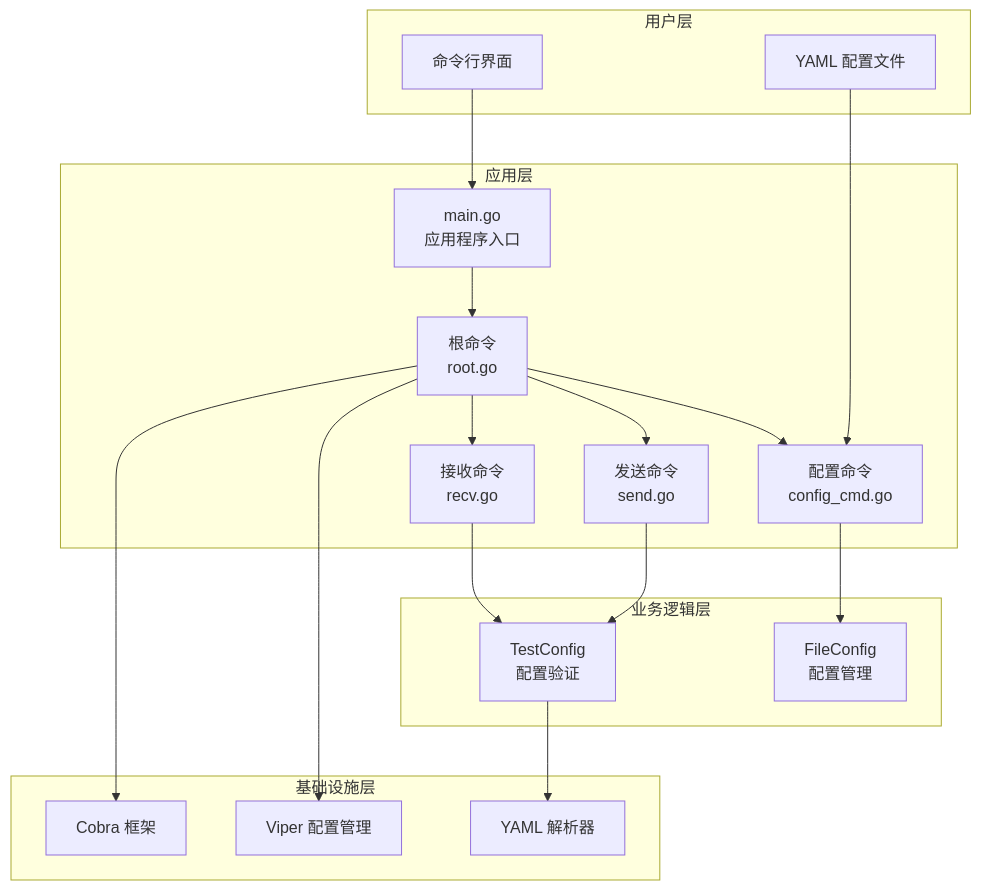
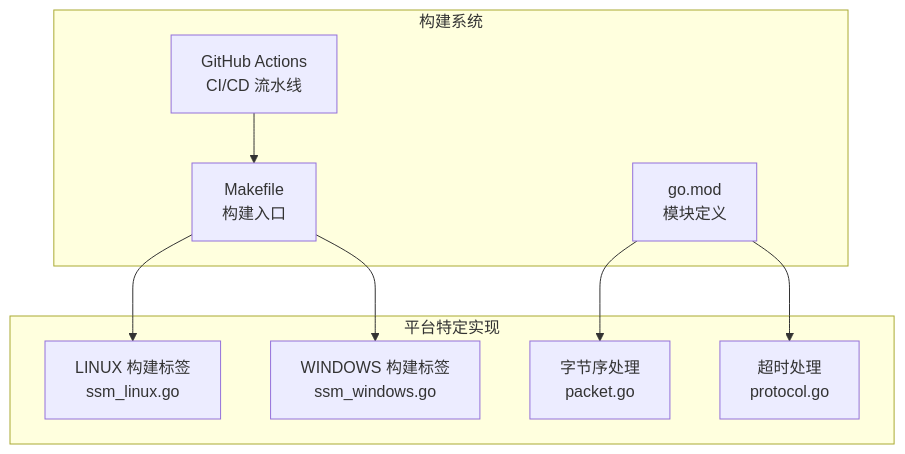
Before and after one commit to yanzhen74/ping-x: the fourth of 7 diagrams in .qoder/repowiki/zh/content/项目概述.md, drawn with Mermaid. The commit also changed other lines of this file and 16 other files, not shown here.

````diff
--- a/.qoder/repowiki/zh/content/项目概述.md
+++ b/.qoder/repowiki/zh/content/项目概述.md
@@ -134,35 +265,19 @@
 ```mermaid
 graph TB
-subgraph "用户层"
-CLI[命令行界面]
-CONFIG[YAML 配置文件]
+subgraph "构建系统"
+BUILD[Makefile<br/>构建入口]
+GO_MOD[go.mod<br/>模块定义]
+WORKFLOW[GitHub Actions<br/>CI/CD 流水线]
 end
-subgraph "应用层"
-MAIN[main.go<br/>应用程序入口]
-ROOTCMD[根命令<br/>root.go]
-SENDCMD[发送命令<br/>send.go]
-RECVCMD[接收命令<br/>recv.go]
-CONFCMD[配置命令<br/>config_cmd.go]
+subgraph "平台特定实现"
+LINUX[LINUX 构建标签<br/>ssm_linux.go]
+WINDOWS[WINDOWS 构建标签<br/>ssm_windows.go]
+ENDIAN[字节序处理<br/>packet.go]
+TIMEOUT[超时处理<br/>protocol.go]
 end
-subgraph "业务逻辑层"
-TESTCFG[TestConfig<br/>配置验证]
-FILECFG[FileConfig<br/>配置管理]
-end
-subgraph "基础设施层"
-COBRA[Cobra 框架]
-VIPER[Viper 配置管理]
-YAML[YAML 解析器]
-end
-CLI --> MAIN
-CONFIG --> CONFCMD
-MAIN --> ROOTCMD
-ROOTCMD --> SENDCMD
-ROOTCMD --> RECVCMD
-ROOTCMD --> CONFCMD
-SENDCMD --> TESTCFG
-RECVCMD --> TESTCFG
-CONFCMD --> FILECFG
-TESTCFG --> YAML
-ROOTCMD --> COBRA
-ROOTCMD --> VIPER
+BUILD --> LINUX
+BUILD --> WINDOWS
+GO_MOD --> ENDIAN
+GO_MOD --> TIMEOUT
+WORKFLOW --> BUILD
 ```
````
